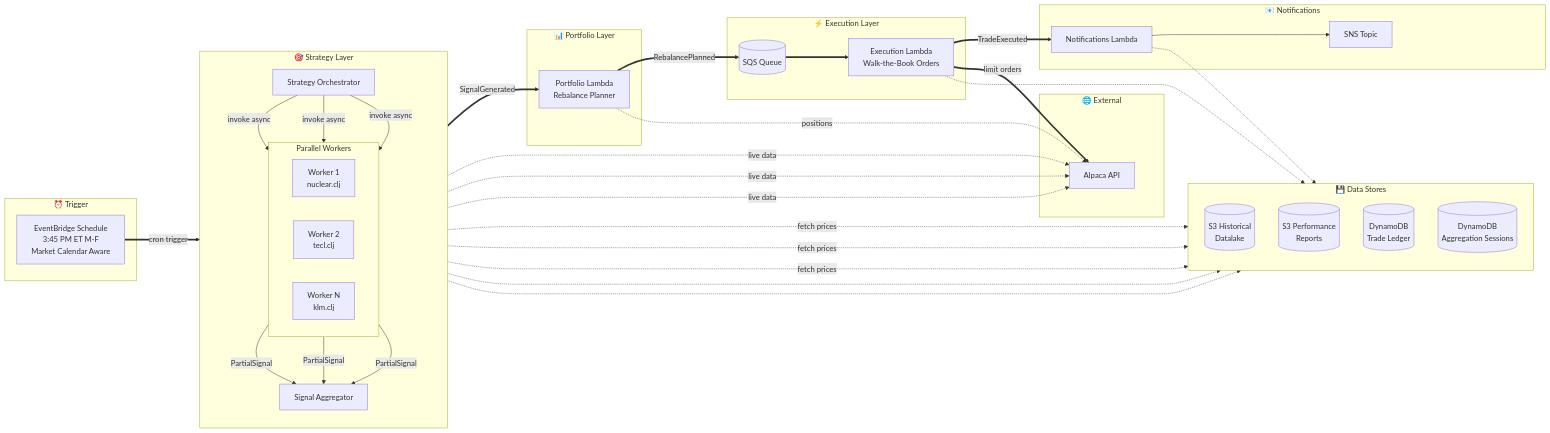
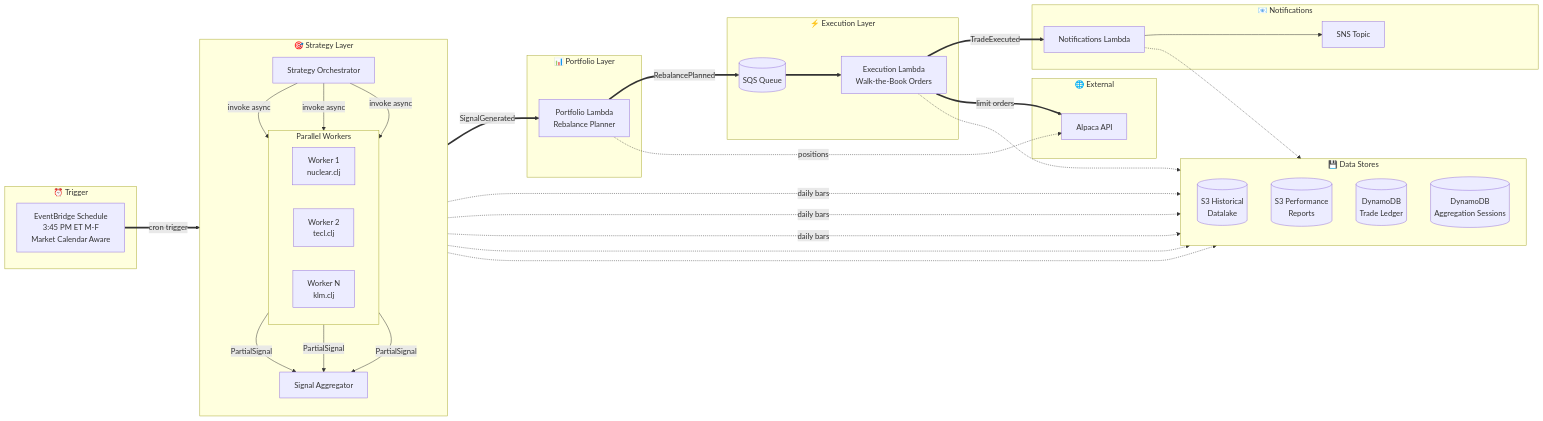
Before and after one commit to Josh-moreton/alchemiser-quant: the first of 2 diagrams in README.md, drawn with Mermaid. The commit also changed other lines of this file and 36 other files, not shown here.

First line of the commit message:
Implement daily signal generation and remove live bar system (#3071)

````diff
--- a/README.md
+++ b/README.md
@@ -15,72 +44,69 @@
 ```mermaid
 flowchart LR
     subgraph Trigger["⏰ Trigger"]
         SCHED[EventBridge Schedule<br/>3:45 PM ET M-F<br/>Market Calendar Aware]
     end
 
     subgraph Strategy["🎯 Strategy Layer"]
         direction TB
         SO[Strategy Orchestrator]
         subgraph Workers["Parallel Workers"]
             direction LR
             SW1[Worker 1<br/>nuclear.clj]
             SW2[Worker 2<br/>tecl.clj]
             SWN[Worker N<br/>klm.clj]
         end
         SA[Signal Aggregator]
         SO -->|invoke async| SW1
         SO -->|invoke async| SW2
         SO -->|invoke async| SWN
         SW1 -->|PartialSignal| SA
         SW2 -->|PartialSignal| SA
         SWN -->|PartialSignal| SA
     end
 
     subgraph Portfolio["📊 Portfolio Layer"]
         P[Portfolio Lambda<br/>Rebalance Planner]
     end
 
     subgraph Execution["⚡ Execution Layer"]
         SQS[(SQS Queue)]
         E[Execution Lambda<br/>Walk-the-Book Orders]
     end
 
     subgraph Notifications["📧 Notifications"]
         N[Notifications Lambda]
         SNS[SNS Topic]
     end
 
     subgraph DataStores["💾 Data Stores"]
         direction TB
         S3_DATA[(S3 Historical<br/>Datalake)]
         S3_REPORTS[(S3 Performance<br/>Reports)]
         DDB_LEDGER[(DynamoDB<br/>Trade Ledger)]
         DDB_AGG[(DynamoDB<br/>Aggregation Sessions)]
     end
 
     subgraph External["🌐 External"]
         ALPACA[Alpaca API]
     end
 
     %% Main Flow
     SCHED ==>|cron trigger| SO
     SA ==>|SignalGenerated| P
     P ==>|RebalancePlanned| SQS
     SQS ==> E
     E ==>|TradeExecuted| N
     N --> SNS
 
     %% Data Access
-    SW1 -.->|fetch prices| S3_DATA
-    SW2 -.->|fetch prices| S3_DATA
-    SWN -.->|fetch prices| S3_DATA
-    SW1 -.->|live data| ALPACA
-    SW2 -.->|live data| ALPACA
-    SWN -.->|live data| ALPACA
+    SW1 -.->|daily bars| S3_DATA
+    SW2 -.->|daily bars| S3_DATA
+    SWN -.->|daily bars| S3_DATA
     SO -.-> DDB_AGG
     SA -.-> DDB_AGG
     P -.->|positions| ALPACA
     E ==>|limit orders| ALPACA
     E -.-> DDB_LEDGER
     N -.-> S3_REPORTS
 ```
````
